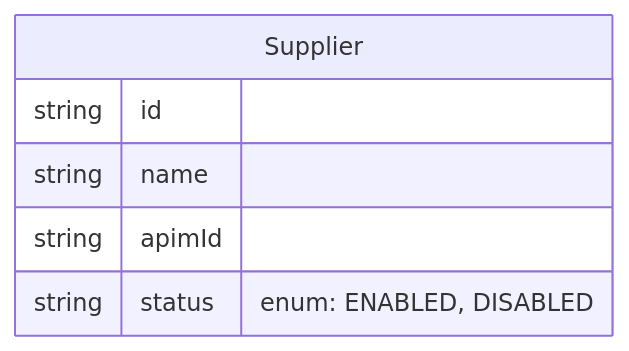
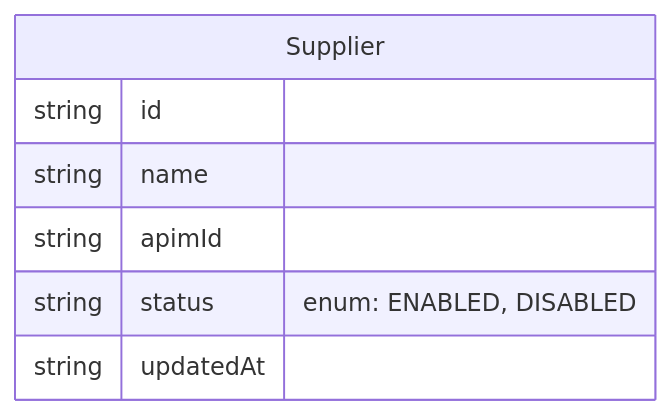
One commit to NHSDigital/nhs-notify-supplier-api changed the third of 3 diagrams in internal/datastore/src/types.md. Above: the diagram before and after it, drawn with Mermaid. The commit also changed 10 other files, not shown here.

````diff
--- a/internal/datastore/src/types.md
+++ b/internal/datastore/src/types.md
@@ -49,9 +49,10 @@
 ```mermaid
 erDiagram
     Supplier {
         string id
         string name
         string apimId
         string status "enum: ENABLED, DISABLED"
+        string updatedAt
     }
 ```
````
